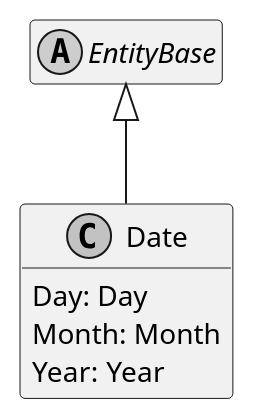
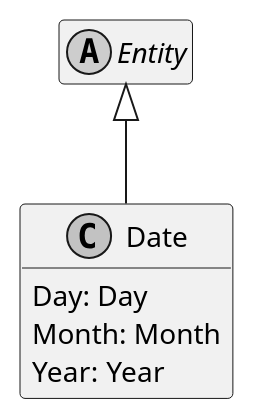
The diagram in Documentation/Generated/Models/DoofesZeug.Models.DateAndTime/Date.puml (ObiWanLansi/DoofesZeug), drawn with PlantUML before and after one commit. The commit also changed 114 other files, not shown here.

Commit message:
Rename EnitityBase To Entity

```diff
--- a/Documentation/Generated/Models/DoofesZeug.Models.DateAndTime/Date.puml
+++ b/Documentation/Generated/Models/DoofesZeug.Models.DateAndTime/Date.puml
@@ -1,16 +1,16 @@
 @startuml
 skinparam monochrome true
 hide empty members
 
-abstract class EntityBase {
+abstract class Entity {
 }
 
-EntityBase <|-- Date
+Entity <|-- Date
 
 class Date {
     Day: Day
     Month: Month
     Year: Year
 }
 
 @enduml
```
